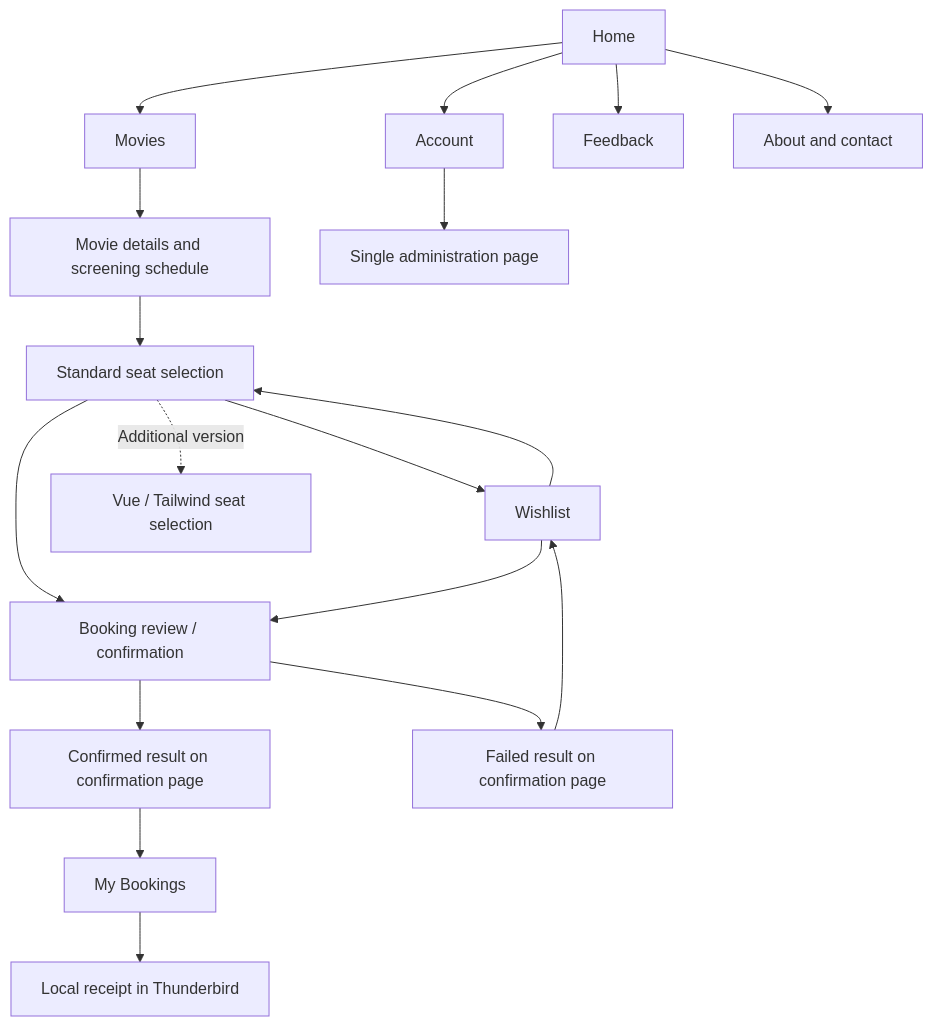
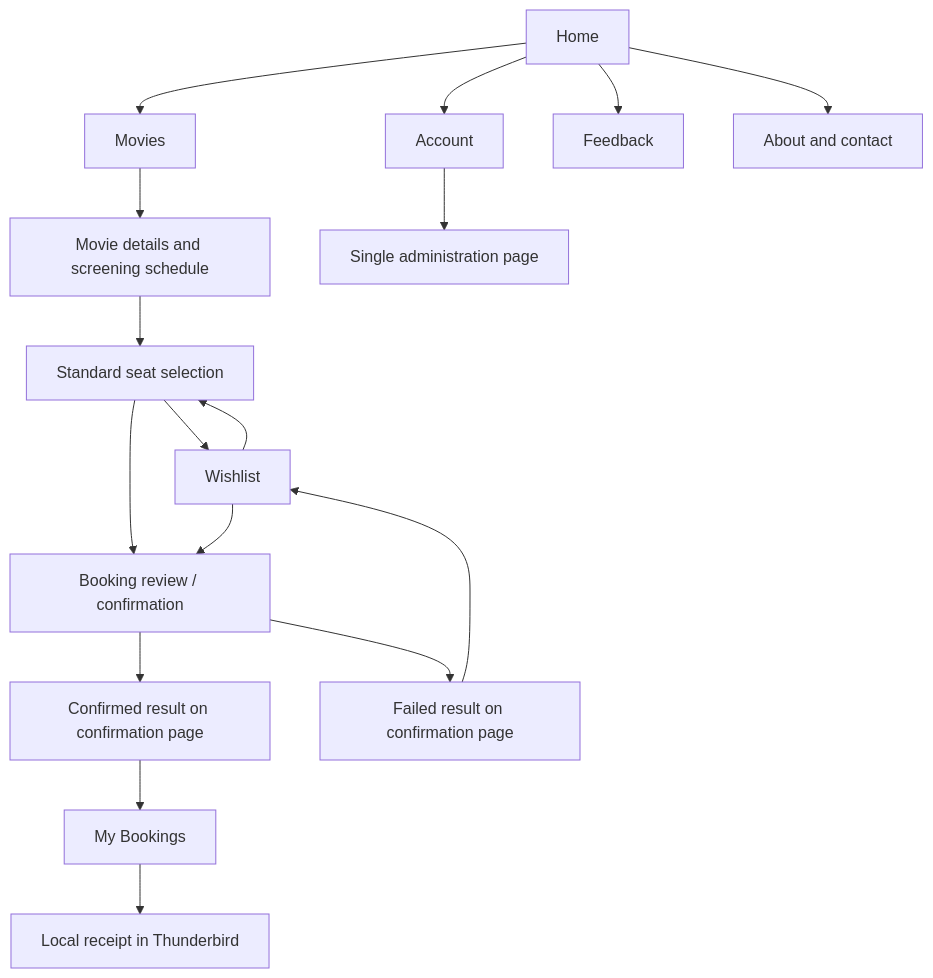
One commit to emocado/silver-village-cinema changed the diagram in implementation_plan.md. Above: the diagram before and after it, drawn with Mermaid. The commit also changed other lines of this file and 35 other files, not shown here.

````diff
--- a/implementation_plan.md
+++ b/implementation_plan.md
@@ -32,20 +32,19 @@
 ```mermaid
 flowchart TD
     Home --> Movies
     Home --> Account
     Movies --> Details[Movie details and screening schedule]
     Details --> Seats[Standard seat selection]
     Seats --> Wishlist
     Seats --> Review[Booking review / confirmation]
     Wishlist --> Seats
     Wishlist --> Review
     Review --> Success[Confirmed result on confirmation page]
     Review --> Failure[Failed result on confirmation page]
     Success --> History[My Bookings]
     Failure --> Wishlist
     History --> Thunderbird[Local receipt in Thunderbird]
     Home --> Feedback
     Home --> About[About and contact]
     Account --> Admin[Single administration page]
-    Seats -. Additional version .-> Enhanced[Vue / Tailwind seat selection]
 ```
````
